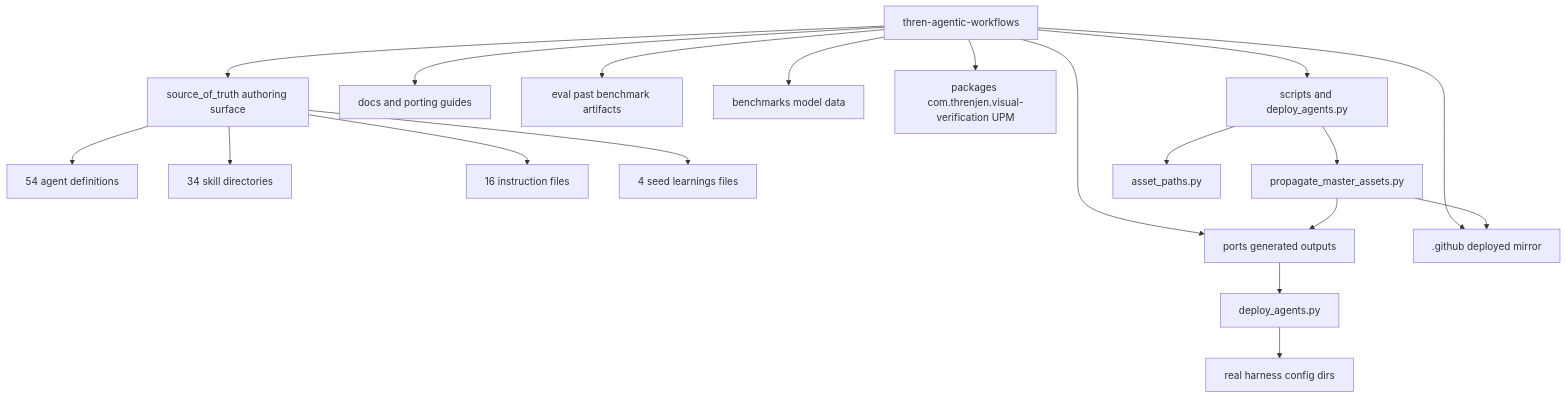
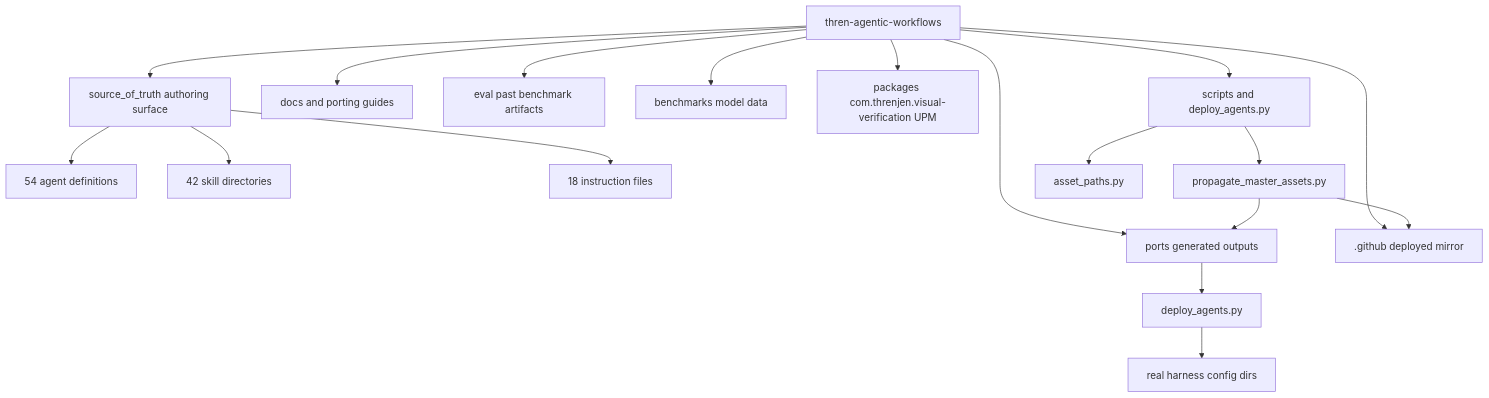
Before and after one commit to threnjen/thren-agentic-workflows: the first of 4 diagrams in docs/ARCHITECTURE.md, drawn with Mermaid. The commit also changed other lines of this file and 563 other files, not shown here.

````diff
--- a/docs/ARCHITECTURE.md
+++ b/docs/ARCHITECTURE.md
@@ -23,25 +22,24 @@
 ```mermaid
 flowchart TD
     Root[thren-agentic-workflows]
 
     Root --> SOT[source_of_truth authoring surface]
     Root --> Ports[ports generated outputs]
     Root --> DotGithub[.github deployed mirror]
     Root --> Docs[docs and porting guides]
     Root --> Eval[eval past benchmark artifacts]
     Root --> Bench[benchmarks model data]
     Root --> Pkg[packages com.threnjen.visual-verification UPM]
     Root --> Scripts[scripts and deploy_agents.py]
 
     SOT --> Agents[54 agent definitions]
-    SOT --> Skills[34 skill directories]
-    SOT --> Instructions[16 instruction files]
-    SOT --> Learnings[4 seed learnings files]
+    SOT --> Skills[42 skill directories]
+    SOT --> Instructions[18 instruction files]
 
     Scripts --> Propagate[propagate_master_assets.py]
     Scripts --> Shared[asset_paths.py]
     Propagate --> Ports
     Propagate --> DotGithub
     Deploy[deploy_agents.py] --> RealDirs[real harness config dirs]
     Ports --> Deploy
 ```
````
